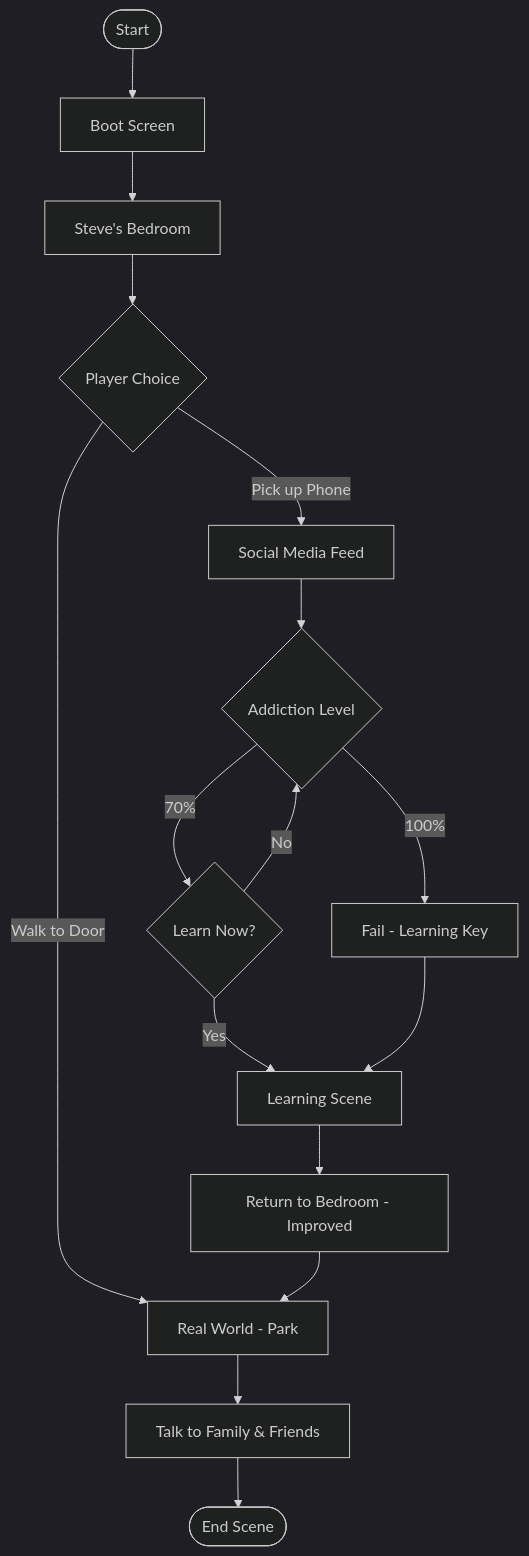
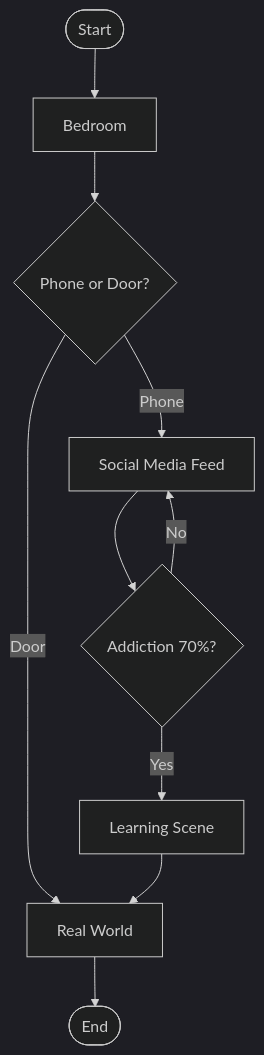
One commit to MNSBaanu/EchoSphere changed the first of 5 diagrams in docs/08_Algorithm.md. Above: the diagram before and after it, drawn with Mermaid (dark theme). The commit also changed other lines of this file, not shown here.

First line of the commit message:
docs(Algorithm): simplify flowcharts and consolidate sections

````diff
--- a/docs/08_Algorithm.md
+++ b/docs/08_Algorithm.md
@@ -5,18 +5,12 @@
 ```mermaid
 flowchart TD
-    A([Start]) --> B[Boot Screen]
-    B --> C[Steve's Bedroom]
-    C --> D{Player Choice}
-    D -->|Pick up Phone| E[Social Media Feed]
-    D -->|Walk to Door| F[Real World - Park]
-    E --> G{Addiction Level}
-    G -->|70%| H{Learn Now?}
-    G -->|100%| I[Fail - Learning Key]
-    H -->|Yes| J[Learning Scene]
-    H -->|No| G
-    I --> J
-    J --> K[Return to Bedroom - Improved]
-    K --> F
-    F --> L[Talk to Family & Friends]
-    L --> M([End Scene])
+    A([Start]) --> B[Bedroom]
+    B --> C{Phone or Door?}
+    C -->|Phone| D[Social Media Feed]
+    C -->|Door| E[Real World]
+    D --> F{Addiction 70%?}
+    F -->|Yes| G[Learning Scene]
+    F -->|No| D
+    G --> E
+    E --> H([End])
 ```
````
